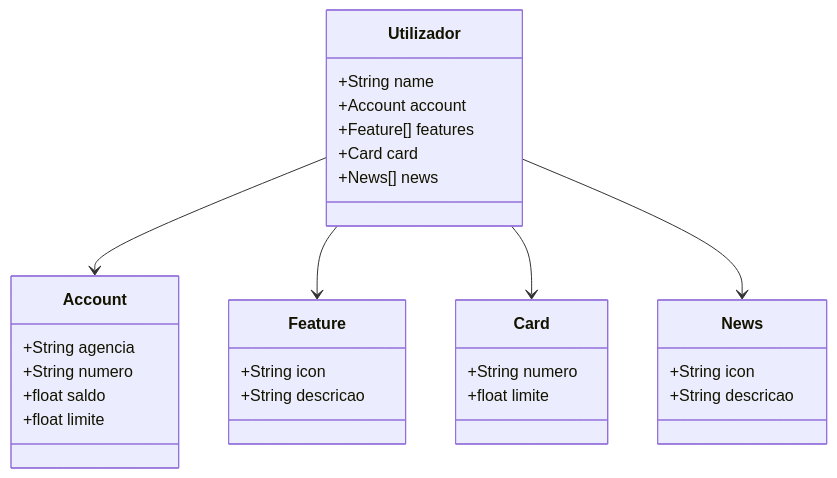
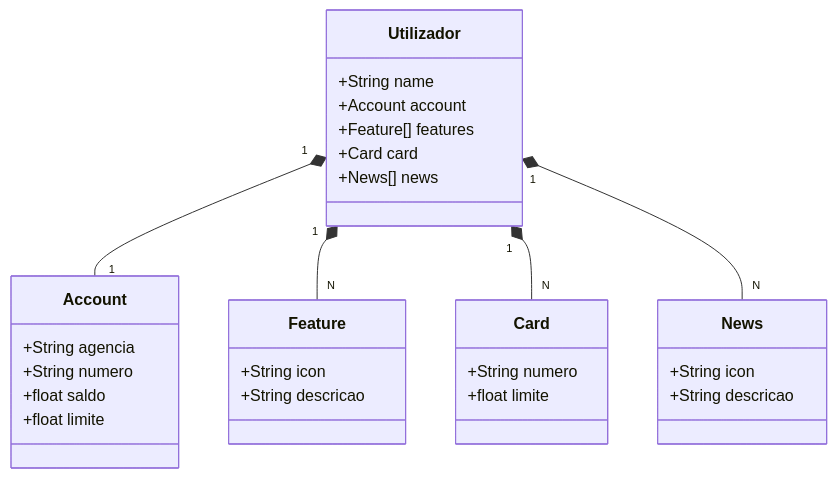
The diagram in README.md (DavidOrlandoAATomas/Java-API-REST), drawn with Mermaid before and after one commit.

````diff
--- a/README.md
+++ b/README.md
@@ -7,37 +7,37 @@
 ```mermaid
 classDiagram
     class Utilizador {
         +String name
         +Account account
         +Feature[] features
         +Card card
         +News[] news
     }
 
     class Account {
         +String agencia
         +String numero
         +float saldo
         +float limite
     }
 
     class Feature {
         +String icon
         +String descricao
     }
 
     class Card {
         +String numero
         +float limite
     }
 
     class News {
         +String icon
         +String descricao
     }
 
-    Utilizador --> Account
-    Utilizador --> Feature
-    Utilizador --> Card
-    Utilizador --> News
+    Utilizador "1" *-- "1" Account
+    Utilizador "1" *-- "N" Feature
+    Utilizador "1" *-- "N" Card
+    Utilizador "1" *-- "N" News
 ```
````
